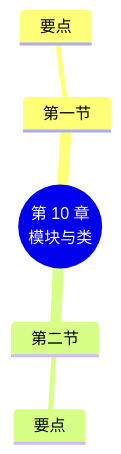
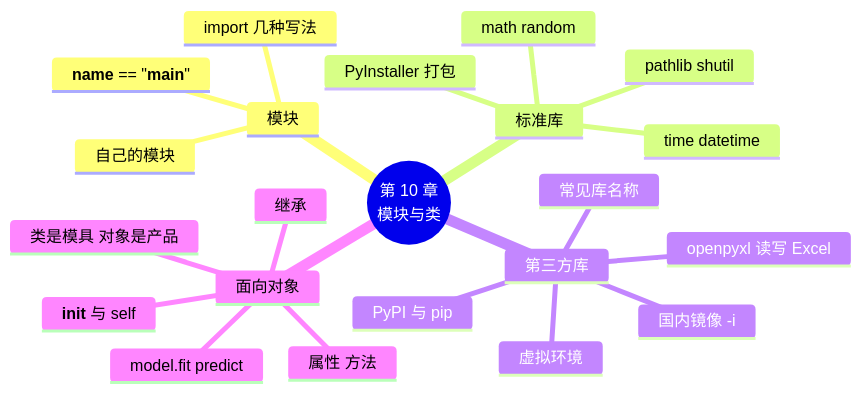
One commit to MingziFu9/python-programming changed the diagram in docs/chapters/10-modules-oop/index.md. Above: the diagram before and after it, drawn with Mermaid. The commit also changed other lines of this file and 10 other files, not shown here.

````diff
--- a/docs/chapters/10-modules-oop/index.md
+++ b/docs/chapters/10-modules-oop/index.md
@@ -188,8 +760,25 @@
 ```mermaid
 mindmap
   root((第 10 章<br/>模块与类))
-    第一节
-      要点
-    第二节
-      要点
+    模块
+      import 几种写法
+      自己的模块
+      __name__ == "__main__"
+    标准库
+      math random
+      time datetime
+      pathlib shutil
+      PyInstaller 打包
+    第三方库
+      PyPI 与 pip
+      国内镜像 -i
+      虚拟环境
+      常见库名称
+      openpyxl 读写 Excel
+    面向对象
+      类是模具 对象是产品
+      __init__ 与 self
+      属性 方法
+      继承
+      model.fit predict
 ```
````
